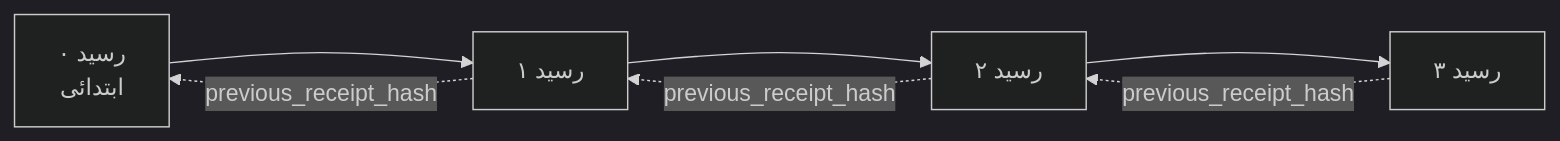
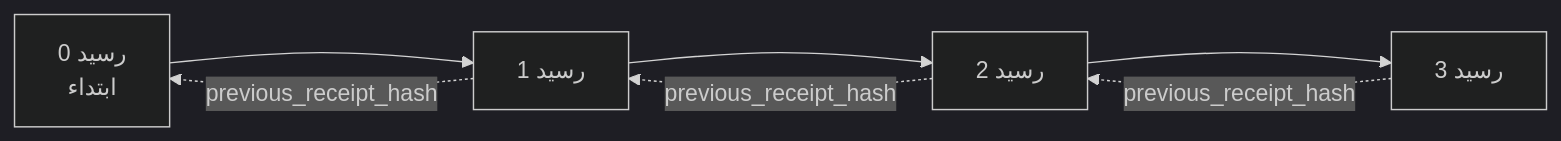
Before and after one commit to microsoft/ai-agents-for-beginners: the second of 2 diagrams in translations/ur/18-securing-ai-agents/README.md, drawn with Mermaid (dark theme). The commit also changed other lines of this file and 47 other files, not shown here.

````diff
--- a/translations/ur/18-securing-ai-agents/README.md
+++ b/translations/ur/18-securing-ai-agents/README.md
@@ -206,9 +203,9 @@
 ```mermaid
 flowchart LR
-    R0[رسید ۰<br/>ابتدائی] --> R1[رسید ۱]
-    R1 --> R2[رسید ۲]
-    R2 --> R3[رسید ۳]
+    R0[رسید 0<br/>ابتداء] --> R1[رسید 1]
+    R1 --> R2[رسید 2]
+    R2 --> R3[رسید 3]
     R1 -. previous_receipt_hash .-> R0
     R2 -. previous_receipt_hash .-> R1
     R3 -. previous_receipt_hash .-> R2
 ```
````
